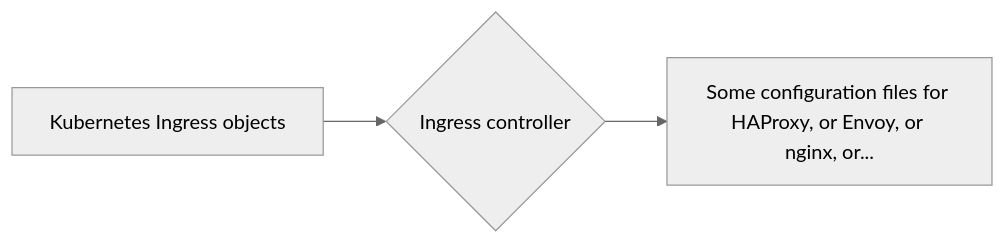
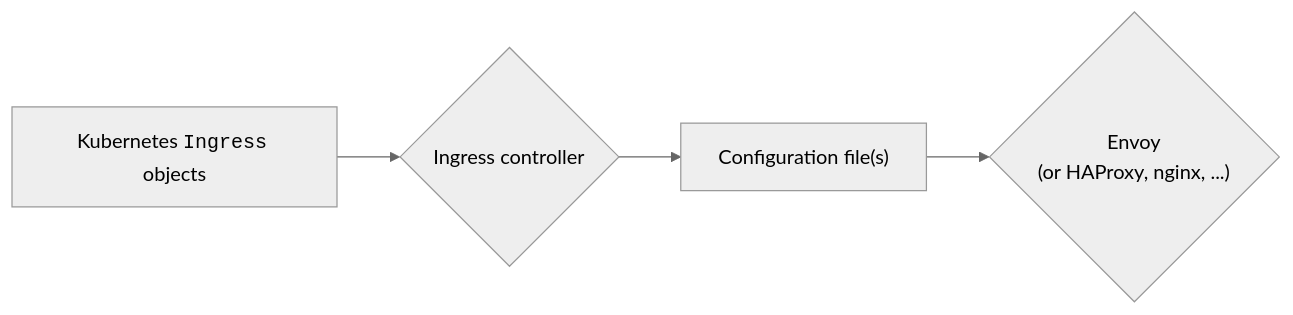
One commit to epfl-si/xaasible-ops changed the second of 2 diagrams in roles/xaas-ingress/README.md. Above: the diagram before and after it, drawn with Mermaid (neutral theme). The commit also changed other lines of this file, not shown here.

````diff
--- a/roles/xaas-ingress/README.md
+++ b/roles/xaas-ingress/README.md
@@ -17,5 +17,6 @@
 ```mermaid
 graph LR
-   kind-Ingress[Kubernetes Ingress objects] --> ingress-controller{Ingress controller}
-   ingress-controller --> config-files[Some configuration files for <br/>HAProxy, or Envoy, or nginx, or...]
+   kind-Ingress[Kubernetes <code>Ingress</code> objects] --> ingress-controller{Ingress controller}
+   ingress-controller --> config-files["Configuration file(s)"]
+   config-files --> pod{"Envoy <br/>(or HAProxy, nginx, ...)"}
 ```
````
